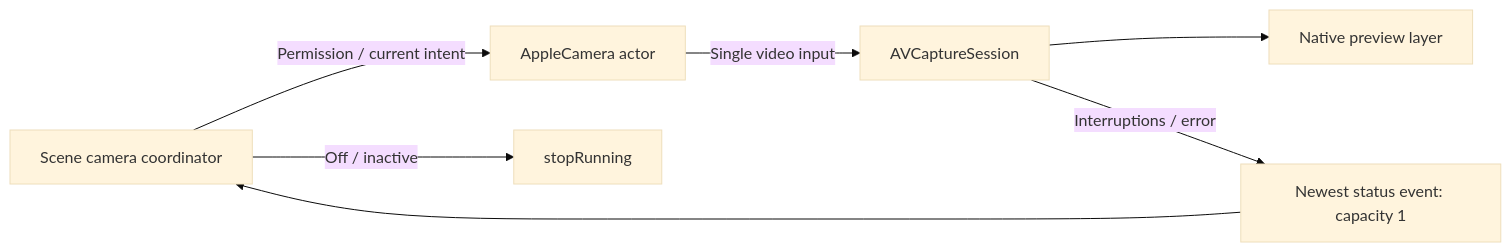
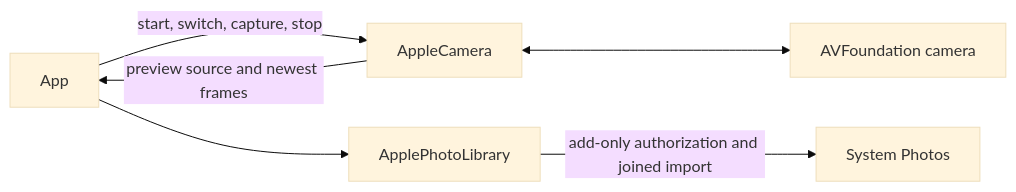
The diagram in MobileHarness/PlatformKit/Vision/README.md (devilyouwei/MobileHarness), drawn with Mermaid (base theme) before and after one commit. The commit also changed other lines of this file and 116 other files, not shown here.

````diff
--- a/MobileHarness/PlatformKit/Vision/README.md
+++ b/MobileHarness/PlatformKit/Vision/README.md
@@ -11,9 +15,8 @@
 ```mermaid
 flowchart LR
-    App[Scene camera coordinator] -->|Permission / current intent| Camera[AppleCamera actor]
-    Camera -->|Single video input| Session[AVCaptureSession]
-    Session --> Preview[Native preview layer]
-    Session -->|Interruptions / error| Events[Newest status event: capacity 1]
-    Events --> App
-    App -->|Off / inactive| Stop[stopRunning]
+ App -->|start, switch, capture, stop| Camera[AppleCamera]
+ Camera <--> Native[AVFoundation camera]
+ Camera -->|preview source and newest frames| App
+ App --> Photos[ApplePhotoLibrary]
+ Photos -->|add-only authorization and joined import| Library[System Photos]
 ```
````
